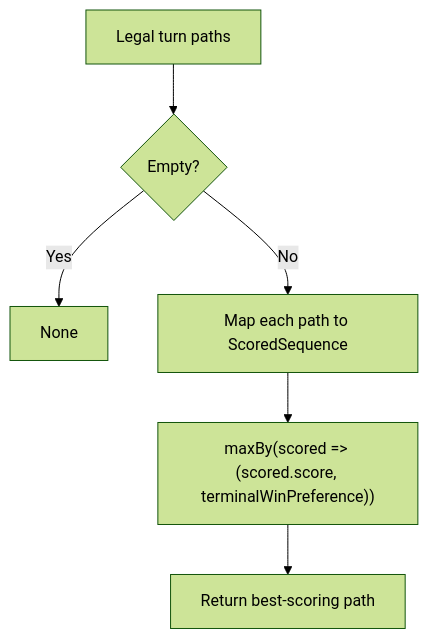
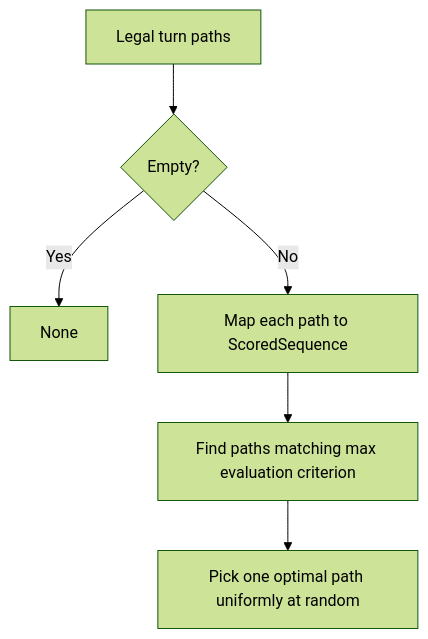
One commit to rabestro/dicechess-engine-scala changed the fourth of 4 diagrams in docs/src/content/docs/architecture/primitive-search.md. Above: the diagram before and after it, drawn with Mermaid (forest theme). The commit also changed other lines of this file and 3 other files, not shown here.

Commit message:
Introduce non-deterministic selection for equally scored paths in GreedySearch (closes #201)

````diff
--- a/docs/src/content/docs/architecture/primitive-search.md
+++ b/docs/src/content/docs/architecture/primitive-search.md
@@ -163,8 +164,8 @@
 ```mermaid
 flowchart TD
     A["Legal turn paths"] --> B{"Empty?"}
     B -- Yes --> C["None"]
     B -- No --> D["Map each path to ScoredSequence"]
-    D --> E["maxBy(scored => (scored.score, terminalWinPreference))"]
-    E --> F["Return best-scoring path"]
+    D --> E["Find paths matching max evaluation criterion"]
+    E --> F["Pick one optimal path uniformly at random"]
 ```
````
